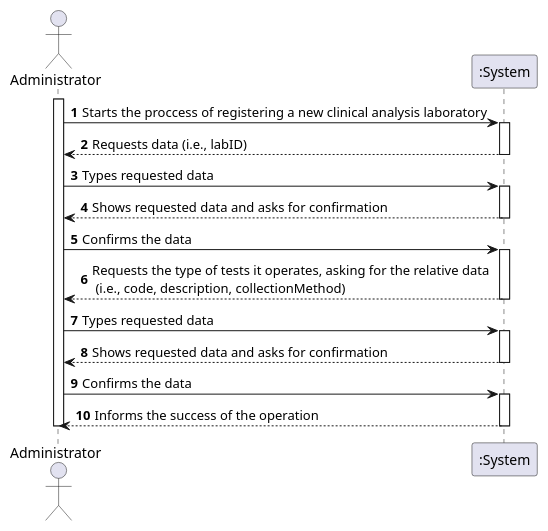
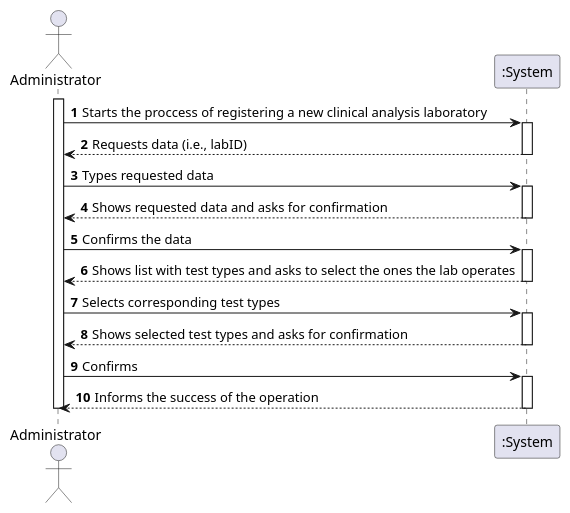
The diagram in docs/SprintB/US08/US8_SSD.puml (0franciscor/lei-21-s2-1de-g19), drawn with PlantUML before and after one commit. The commit also changed 1 other file, not shown here.

```diff
--- a/docs/SprintB/US08/US8_SSD.puml
+++ b/docs/SprintB/US08/US8_SSD.puml
@@ -1,38 +1,38 @@
 @startuml
 autonumber
 
 
 actor "Administrator" as ADMIN
 
 participant ":System" as SYST
 
 activate ADMIN
 ADMIN -> SYST : Starts the proccess of registering a new clinical analysis laboratory
 activate SYST
 SYST --> ADMIN : Requests data (i.e., labID) 
 deactivate SYST
 
 
 ADMIN -> SYST : Types requested data
 activate SYST
 SYST --> ADMIN : Shows requested data and asks for confirmation
 deactivate SYST
 
 ADMIN -> SYST : Confirms the data
 activate SYST
-SYST --> ADMIN : Requests the type of tests it operates, asking for the relative data \n (i.e., code, description, collectionMethod)
+SYST --> ADMIN : Shows list with test types and asks to select the ones the lab operates
 deactivate SYST
 
-ADMIN -> SYST : Types requested data
+ADMIN -> SYST : Selects corresponding test types
 activate SYST
-SYST --> ADMIN : Shows requested data and asks for confirmation
+SYST --> ADMIN : Shows selected test types and asks for confirmation
 deactivate SYST
 
-ADMIN -> SYST : Confirms the data 
+ADMIN -> SYST : Confirms
 activate SYST
 SYST --> ADMIN : Informs the success of the operation
 deactivate SYST
 
 deactivate ADMIN
 
 @enduml
```
